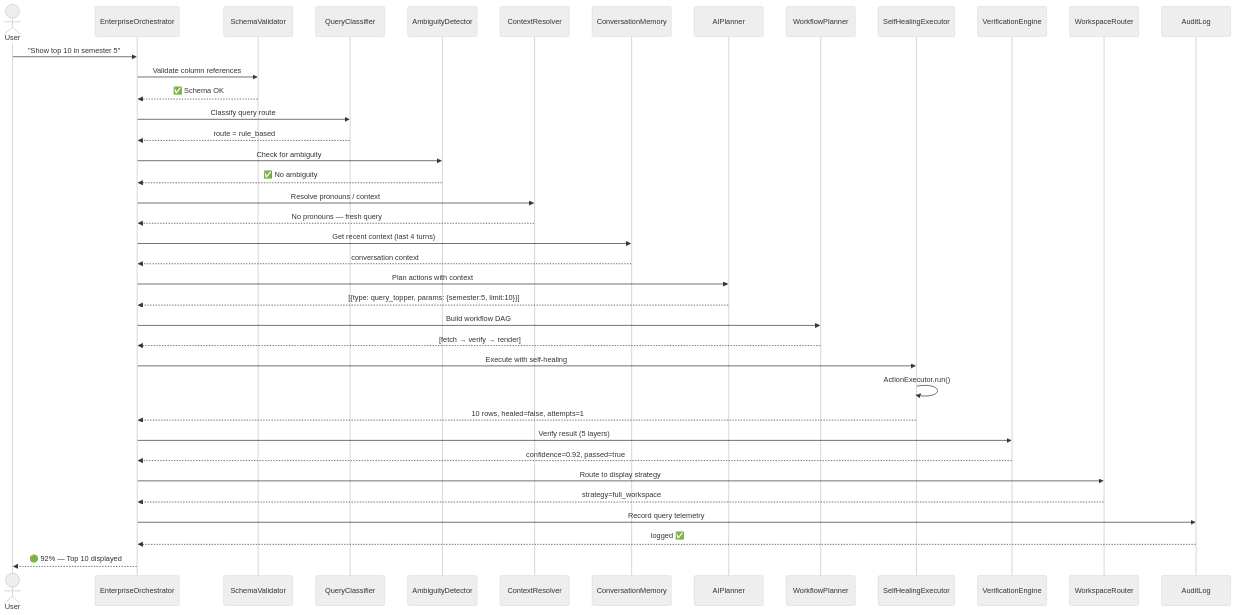
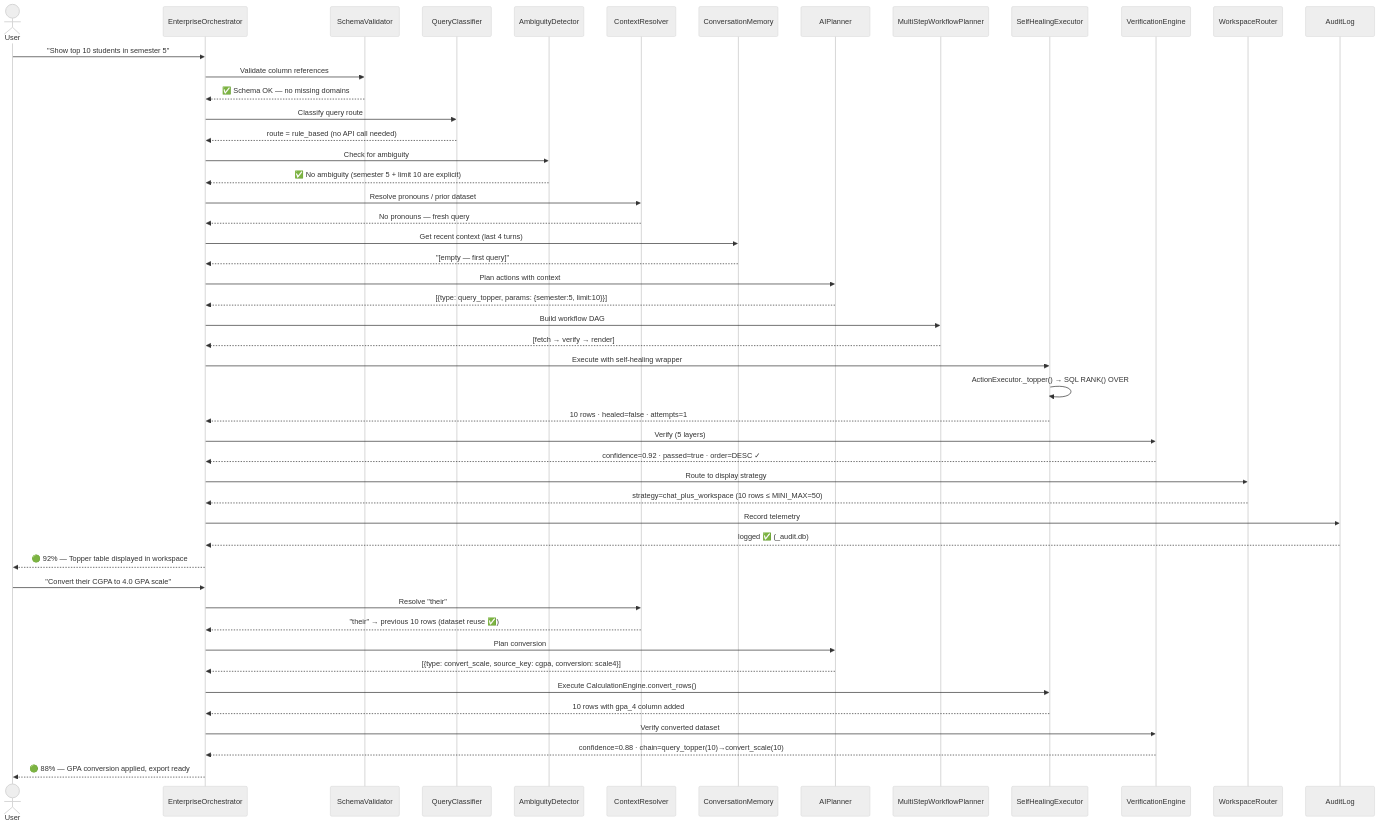
The second of 6 diagrams in README.md (NIKHILUTTAM/AcadLib), drawn with Mermaid (neutral theme) before and after one commit. The commit also changed other lines of this file, not shown here.

````diff
--- a/README.md
+++ b/README.md
@@ -428,53 +747,68 @@
 ```mermaid
 sequenceDiagram
     actor User
     participant ORC as EnterpriseOrchestrator
     participant SCH as SchemaValidator
     participant CLS as QueryClassifier
     participant AMB as AmbiguityDetector
     participant CTX as ContextResolver
     participant MEM as ConversationMemory
     participant PLAN as AIPlanner
-    participant WFP as WorkflowPlanner
+    participant WFP as MultiStepWorkflowPlanner
     participant HEAL as SelfHealingExecutor
     participant VER as VerificationEngine
     participant WSR as WorkspaceRouter
     participant AUD as AuditLog
 
-    User->>ORC: "Show top 10 in semester 5"
+    User->>ORC: "Show top 10 students in semester 5"
     ORC->>SCH: Validate column references
-    SCH-->>ORC: ✅ Schema OK
+    SCH-->>ORC: ✅ Schema OK — no missing domains
 
     ORC->>CLS: Classify query route
-    CLS-->>ORC: route = rule_based
+    CLS-->>ORC: route = rule_based (no API call needed)
 
     ORC->>AMB: Check for ambiguity
-    AMB-->>ORC: ✅ No ambiguity
+    AMB-->>ORC: ✅ No ambiguity (semester 5 + limit 10 are explicit)
 
-    ORC->>CTX: Resolve pronouns / context
+    ORC->>CTX: Resolve pronouns / prior dataset
     CTX-->>ORC: No pronouns — fresh query
 
     ORC->>MEM: Get recent context (last 4 turns)
-    MEM-->>ORC: conversation context
+    MEM-->>ORC: "[empty — first query]"
 
     ORC->>PLAN: Plan actions with context
     PLAN-->>ORC: [{type: query_topper, params: {semester:5, limit:10}}]
 
     ORC->>WFP: Build workflow DAG
     WFP-->>ORC: [fetch → verify → render]
 
-    ORC->>HEAL: Execute with self-healing
-    HEAL->>HEAL: ActionExecutor.run()
-    HEAL-->>ORC: 10 rows, healed=false, attempts=1
+    ORC->>HEAL: Execute with self-healing wrapper
+    HEAL->>HEAL: ActionExecutor._topper() → SQL RANK() OVER
+    HEAL-->>ORC: 10 rows · healed=false · attempts=1
 
-    ORC->>VER: Verify result (5 layers)
-    VER-->>ORC: confidence=0.92, passed=true
+    ORC->>VER: Verify (5 layers)
+    VER-->>ORC: confidence=0.92 · passed=true · order=DESC ✓
 
     ORC->>WSR: Route to display strategy
-    WSR-->>ORC: strategy=full_workspace
+    WSR-->>ORC: strategy=chat_plus_workspace (10 rows ≤ MINI_MAX=50)
 
-    ORC->>AUD: Record query telemetry
-    AUD-->>ORC: logged ✅
+    ORC->>AUD: Record telemetry
+    AUD-->>ORC: logged ✅ (_audit.db)
 
-    ORC-->>User: 🟢 92% — Top 10 displayed
+    ORC-->>User: 🟢 92% — Topper table displayed in workspace
+
+    User->>ORC: "Convert their CGPA to 4.0 GPA scale"
+    ORC->>CTX: Resolve "their"
+    CTX-->>ORC: "their" → previous 10 rows (dataset reuse ✅)
+
+    ORC->>PLAN: Plan conversion
+    PLAN-->>ORC: [{type: convert_scale, source_key: cgpa, conversion: scale4}]
+
+    ORC->>HEAL: Execute CalculationEngine.convert_rows()
+    HEAL-->>ORC: 10 rows with gpa_4 column added
+
+    ORC->>VER: Verify converted dataset
+    VER-->>ORC: confidence=0.88 · chain=query_topper(10)→convert_scale(10)
+
+    ORC-->>User: 🟢 88% — GPA conversion applied, export ready
 ```
````
